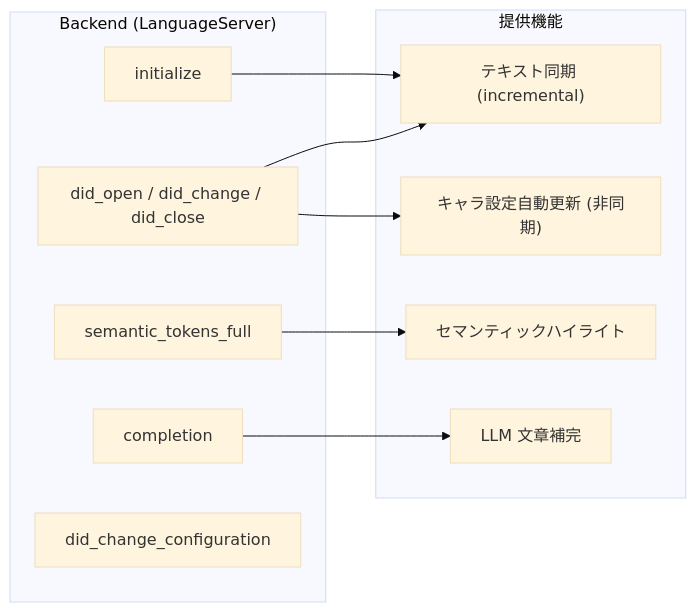
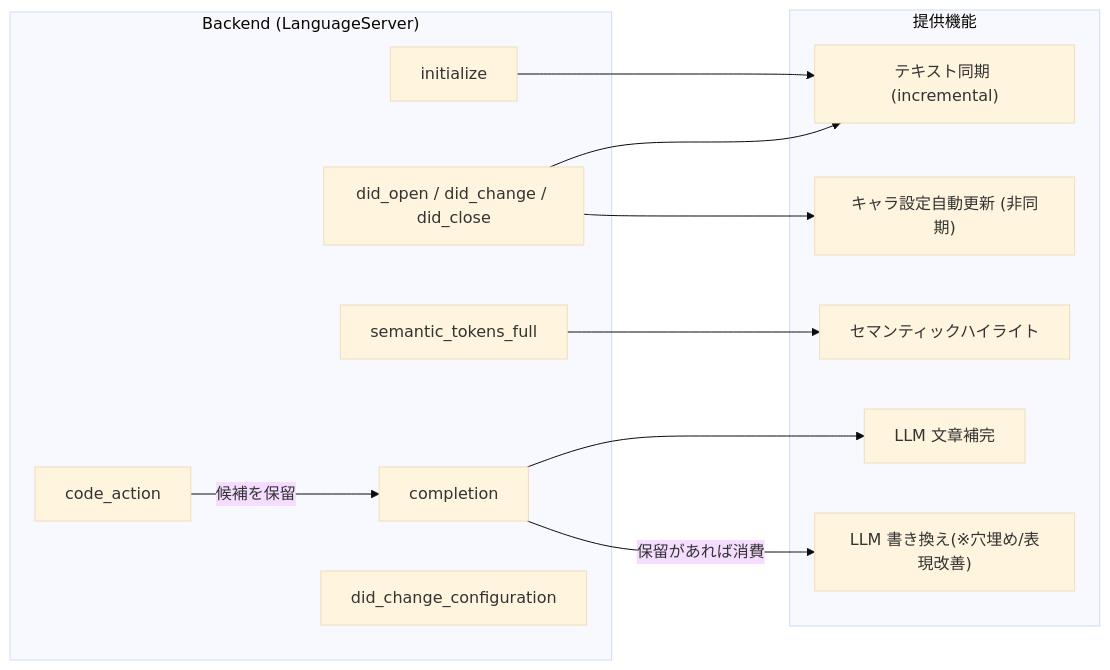
Before and after one commit to Talos208/fifty_four: the diagram in docs/lsp-handlers.md, drawn with Mermaid (base theme). The commit also changed other lines of this file and 10 other files, not shown here.

````diff
--- a/docs/lsp-handlers.md
+++ b/docs/lsp-handlers.md
@@ -5,23 +5,27 @@
 ```mermaid
 flowchart LR
     subgraph Handlers["Backend (LanguageServer)"]
         init["initialize"]
         open["did_open / did_change / did_close"]
         sem["semantic_tokens_full"]
         comp["completion"]
+        ca["code_action"]
         cfg["did_change_configuration"]
     end
 
     subgraph Capabilities["提供機能"]
         sync["テキスト同期 (incremental)"]
         highlight["セマンティックハイライト"]
         complete["LLM 文章補完"]
+        rewrite["LLM 書き換え(※穴埋め/表現改善)"]
         charupd["キャラ設定自動更新 (非同期)"]
     end
 
     init --> sync
     open --> sync
     open --> charupd
     sem --> highlight
     comp --> complete
+    ca -- "候補を保留" --> comp
+    comp -- "保留があれば消費" --> rewrite
 ```
````
